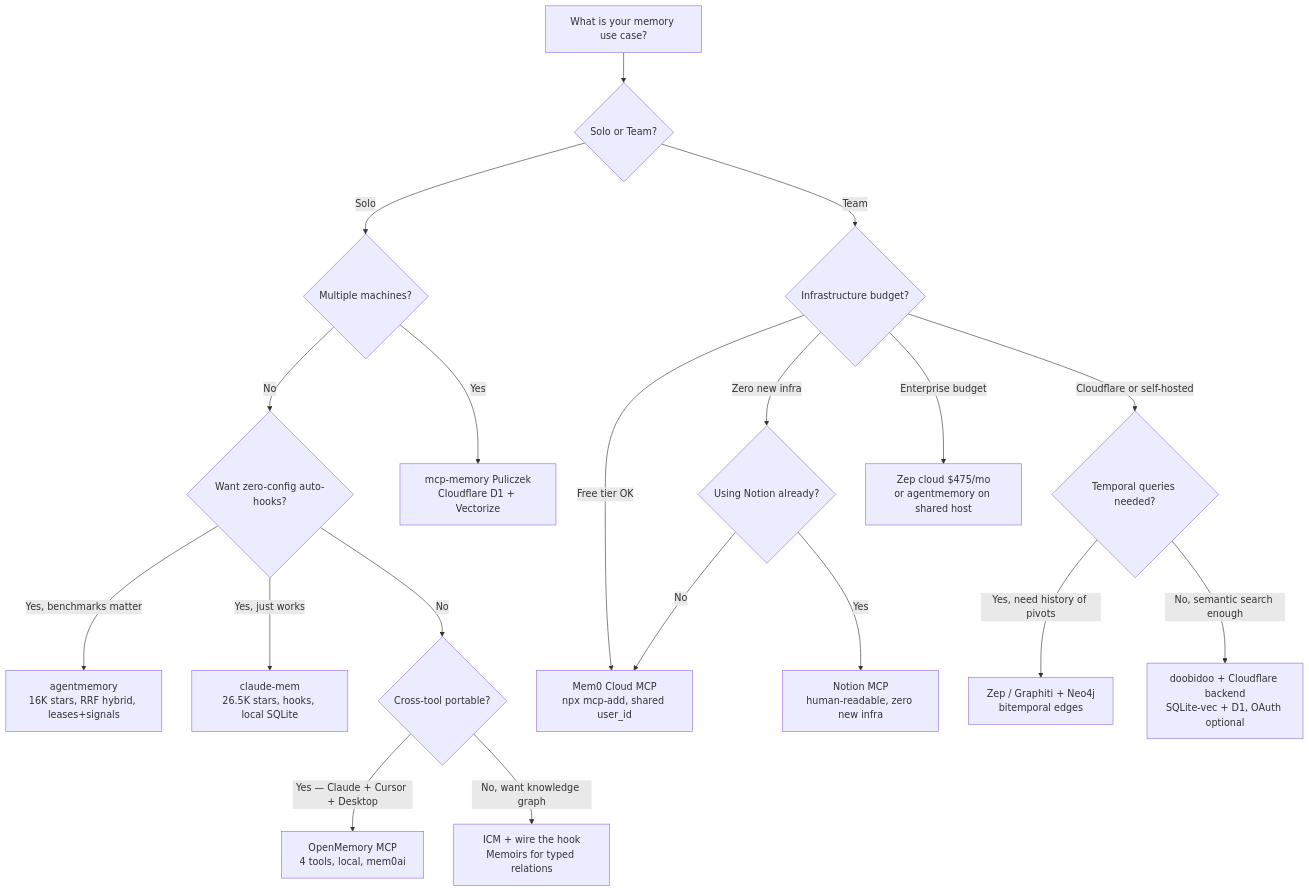
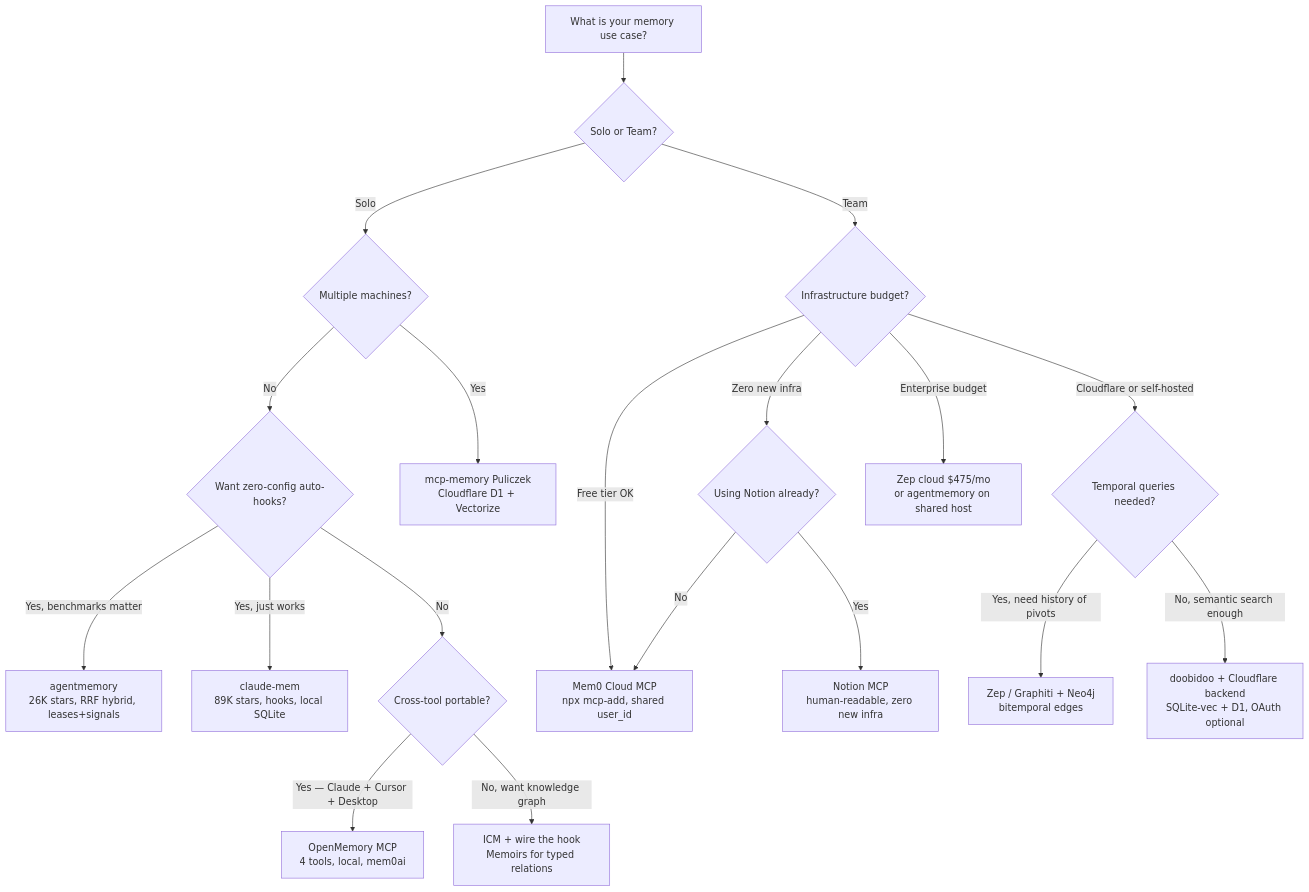
One commit to FlorianBruniaux/claude-code-ultimate-guide changed the diagram in guide/core/memory-systems.md. Above: the diagram before and after it, drawn with Mermaid. The commit also changed other lines of this file and 66 other files, not shown here.

````diff
--- a/guide/core/memory-systems.md
+++ b/guide/core/memory-systems.md
@@ -955,28 +955,28 @@
 ```mermaid
 flowchart TD
     A[What is your memory use case?] --> B{Solo or Team?}
 
     B -->|Solo| C{Multiple machines?}
     B -->|Team| T{Infrastructure budget?}
 
     C -->|No| D{Want zero-config auto-hooks?}
     C -->|Yes| E[mcp-memory Puliczek\nCloudflare D1 + Vectorize]
 
-    D -->|Yes, benchmarks matter| H[agentmemory\n16K stars, RRF hybrid, leases+signals]
-    D -->|Yes, just works| I[claude-mem\n26.5K stars, hooks, local SQLite]
+    D -->|Yes, benchmarks matter| H[agentmemory\n26K stars, RRF hybrid, leases+signals]
+    D -->|Yes, just works| I[claude-mem\n89K stars, hooks, local SQLite]
     D -->|No| G{Cross-tool portable?}
 
     G -->|Yes — Claude + Cursor + Desktop| J[OpenMemory MCP\n4 tools, local, mem0ai]
     G -->|No, want knowledge graph| K[ICM + wire the hook\nMemoirs for typed relations]
 
     T -->|Zero new infra| U{Using Notion already?}
     T -->|Free tier OK| V[Mem0 Cloud MCP\nnpx mcp-add, shared user_id]
     T -->|Cloudflare or self-hosted| W{Temporal queries needed?}
     T -->|Enterprise budget| X[Zep cloud $475/mo\nor agentmemory on shared host]
 
     U -->|Yes| Y[Notion MCP\nhuman-readable, zero new infra]
     U -->|No| V
 
     W -->|Yes, need history of pivots| Z[Zep / Graphiti + Neo4j\nbitemporal edges]
     W -->|No, semantic search enough| AA[doobidoo + Cloudflare backend\nSQLite-vec + D1, OAuth optional]
 ```
````
